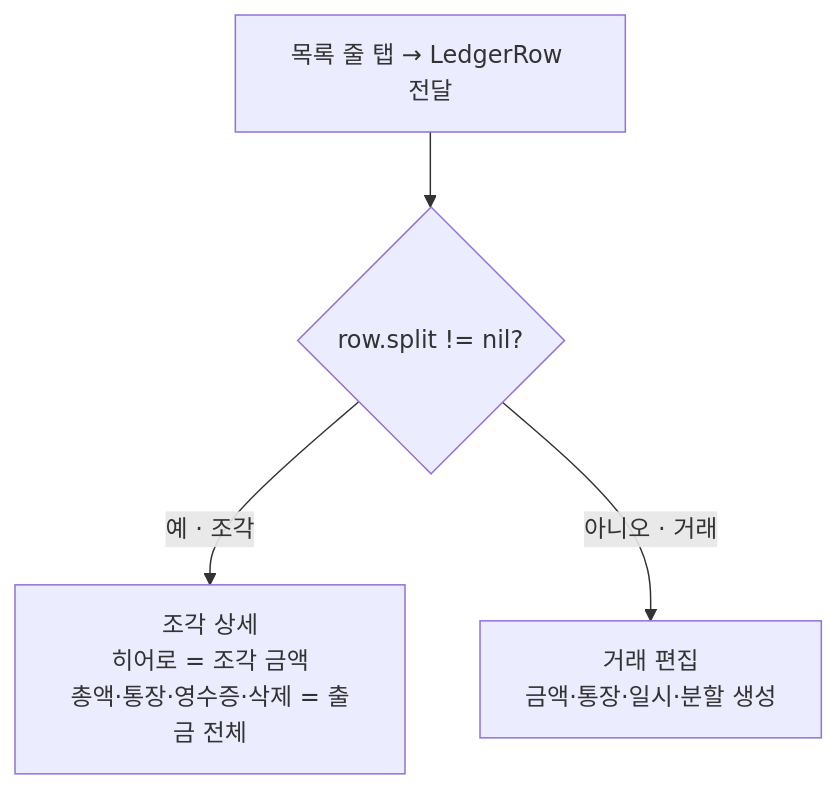
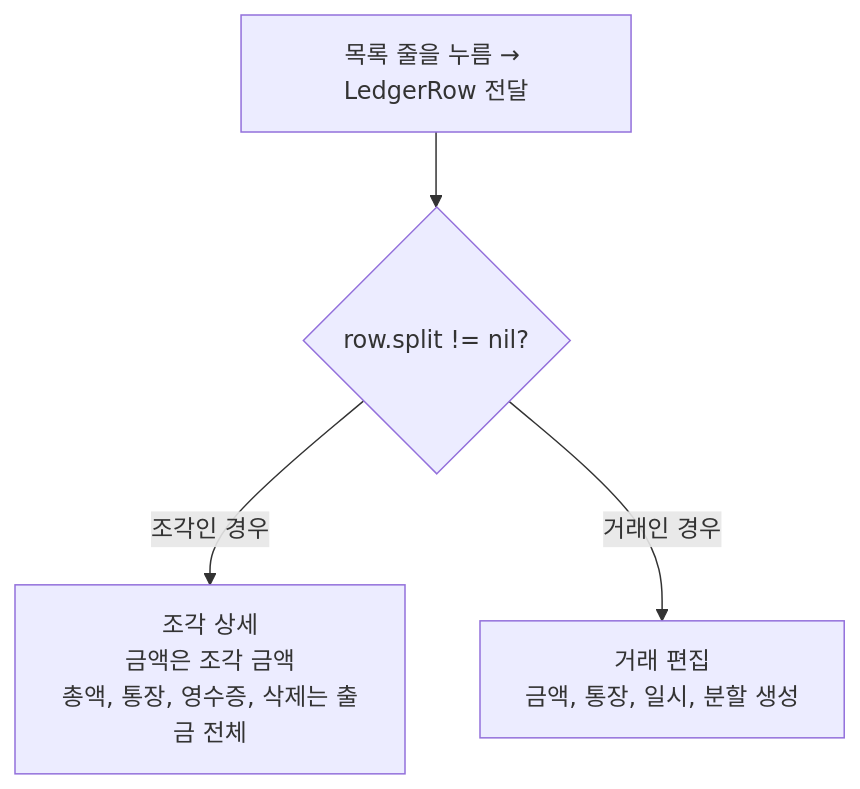
The third of 3 diagrams in NanuriAdmin/Features/Finance/README.md (Ciracino88/nanuri-ios-app), drawn with Mermaid before and after one commit. The commit also changed other lines of this file, not shown here.

First line of the commit message:
재정 README 다이어그램 라벨을 문서 톤에 맞춰 정리

````diff
--- a/NanuriAdmin/Features/Finance/README.md
+++ b/NanuriAdmin/Features/Finance/README.md
@@ -127,6 +127,6 @@
 ```mermaid
 flowchart TD
-    tap["목록 줄 탭 → LedgerRow 전달"] --> q{"row.split != nil?"}
-    q -->|예 · 조각| piece["조각 상세<br/>히어로 = 조각 금액<br/>총액·통장·영수증·삭제 = 출금 전체"]
-    q -->|아니오 · 거래| edit["거래 편집<br/>금액·통장·일시·분할 생성"]
+    tap["목록 줄을 누름 → LedgerRow 전달"] --> q{"row.split != nil?"}
+    q -->|조각인 경우| piece["조각 상세<br/>금액은 조각 금액<br/>총액, 통장, 영수증, 삭제는 출금 전체"]
+    q -->|거래인 경우| edit["거래 편집<br/>금액, 통장, 일시, 분할 생성"]
 ```
````
